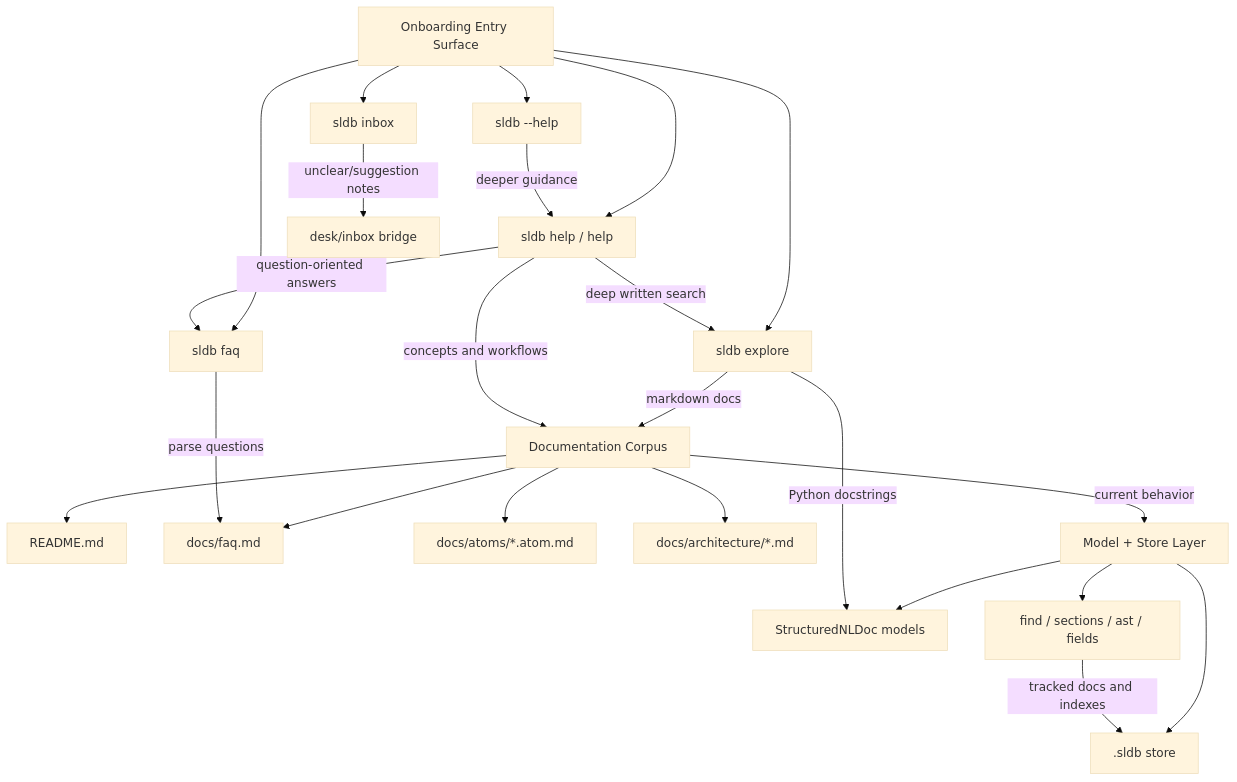
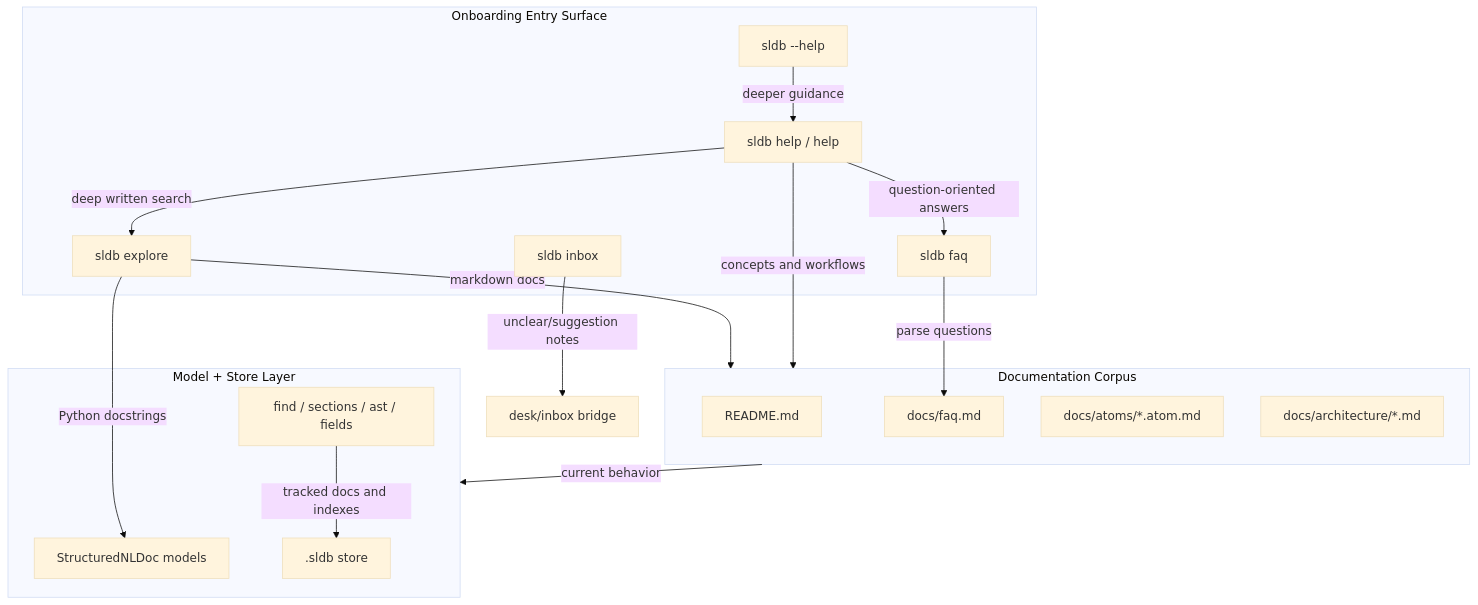
Before and after one commit to jpcosec/kimun: the diagram in docs/architecture/spec2viz/rendered/current-onboarding-surface.mmd, drawn with Mermaid (base theme). The commit also changed 3 other files, not shown here.

Commit message:
Regenerate architecture diagrams with nested subgraphs

```diff
--- a/docs/architecture/spec2viz/rendered/current-onboarding-surface.mmd
+++ b/docs/architecture/spec2viz/rendered/current-onboarding-surface.mmd
@@ -1,39 +1,30 @@
 graph TD
-    OnboardingEntry["Onboarding Entry Surface"]
-    OnboardingEntry --> PortadaHelp
-    OnboardingEntry --> CuratedHelp
-    OnboardingEntry --> FAQSurface
-    OnboardingEntry --> ExploreSurface
-    OnboardingEntry --> InboxSurface
-    PortadaHelp["sldb --help"]
-    CuratedHelp["sldb help / help <topic>"]
-    FAQSurface["sldb faq"]
-    ExploreSurface["sldb explore"]
-    InboxSurface["sldb inbox"]
-    DocumentationCorpus["Documentation Corpus"]
-    DocumentationCorpus --> ReadmeDoc
-    DocumentationCorpus --> FAQDoc
-    DocumentationCorpus --> AtomDocs
-    DocumentationCorpus --> ArchitectureDocs
-    ReadmeDoc["README.md"]
-    FAQDoc["docs/faq.md"]
-    AtomDocs["docs/atoms/*.atom.md"]
-    ArchitectureDocs["docs/architecture/*.md"]
-    ModelAndStoreLayer["Model + Store Layer"]
-    ModelAndStoreLayer --> StructuredModels
-    ModelAndStoreLayer --> LocalStore
-    ModelAndStoreLayer --> QuerySurfaces
-    StructuredModels["StructuredNLDoc models"]
-    LocalStore[".sldb store"]
-    QuerySurfaces["find / sections / ast / fields"]
+    subgraph OnboardingEntry ["Onboarding Entry Surface"]
+        PortadaHelp["sldb --help"]
+        CuratedHelp["sldb help / help <topic>"]
+        FAQSurface["sldb faq"]
+        ExploreSurface["sldb explore"]
+        InboxSurface["sldb inbox"]
+    end
+    subgraph DocumentationCorpus ["Documentation Corpus"]
+        ReadmeDoc["README.md"]
+        FAQDoc["docs/faq.md"]
+        AtomDocs["docs/atoms/*.atom.md"]
+        ArchitectureDocs["docs/architecture/*.md"]
+    end
+    subgraph ModelAndStoreLayer ["Model + Store Layer"]
+        StructuredModels["StructuredNLDoc models"]
+        LocalStore[".sldb store"]
+        QuerySurfaces["find / sections / ast / fields"]
+    end
     DeskBridge["desk/inbox bridge"]
     PortadaHelp -->|deeper guidance| CuratedHelp
     CuratedHelp -->|question-oriented answers| FAQSurface
     CuratedHelp -->|deep written search| ExploreSurface
     FAQSurface -->|parse questions| FAQDoc
     ExploreSurface -->|markdown docs| DocumentationCorpus
     ExploreSurface -->|Python docstrings| StructuredModels
     CuratedHelp -->|concepts and workflows| DocumentationCorpus
     DocumentationCorpus -->|current behavior| ModelAndStoreLayer
     QuerySurfaces -->|tracked docs and indexes| LocalStore
     InboxSurface -->|unclear/suggestion notes| DeskBridge
```
